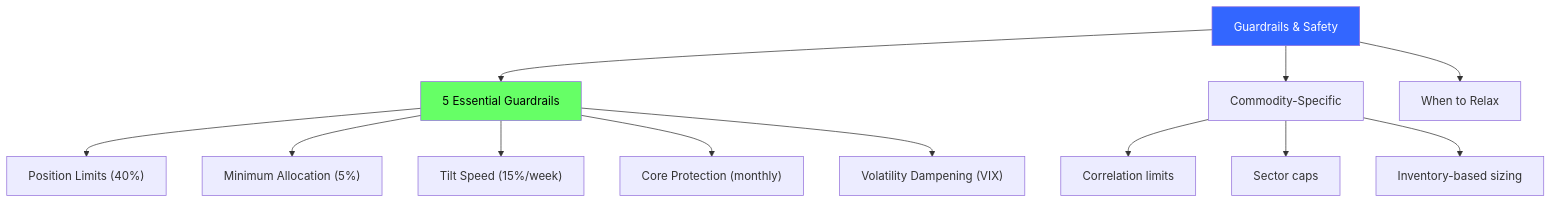
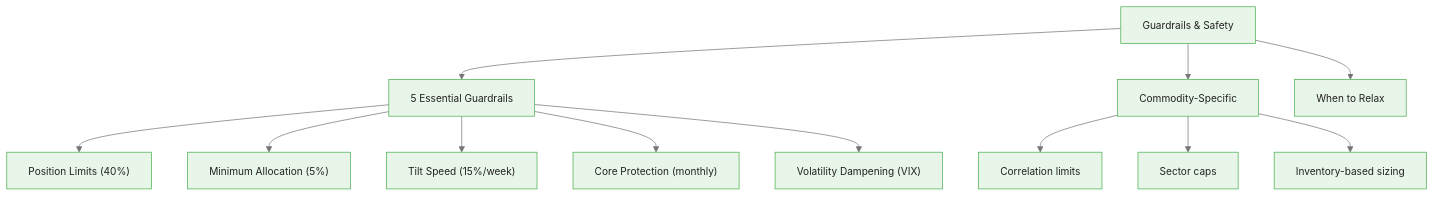
Before and after one commit to m-deane/course-creator: the fourth of 4 diagrams in courses/multi-armed-bandits-ab-testing/modules/module_05_commodity_trading_bandits/guides/03_guardrails_and_safety_slides.md, drawn with Mermaid. The commit also changed other lines of this file and 146 other files, not shown here.

````diff
--- a/courses/multi-armed-bandits-ab-testing/modules/module_05_commodity_trading_bandits/guides/03_guardrails_and_safety_slides.md
+++ b/courses/multi-armed-bandits-ab-testing/modules/module_05_commodity_trading_bandits/guides/03_guardrails_and_safety_slides.md
@@ -301,19 +337,17 @@
 ```mermaid
+%%{init: {"theme": "base", "themeVariables": {"primaryColor": "#e8f5e9", "primaryBorderColor": "#4caf50", "primaryTextColor": "#212121", "secondaryColor": "#e3f2fd", "tertiaryColor": "#fff8e1", "lineColor": "#757575", "fontFamily": "Inter, sans-serif", "fontSize": "14px"}}}%%
 flowchart TD
     GS["Guardrails & Safety"] --> Five["5 Essential Guardrails"]
     GS --> Commodity_g["Commodity-Specific"]
     GS --> When["When to Relax"]
 
     Five --> PosLim["Position Limits (40%)"]
     Five --> MinAlloc["Minimum Allocation (5%)"]
     Five --> Speed_g["Tilt Speed (15%/week)"]
     Five --> CoreProt["Core Protection (monthly)"]
     Five --> VolDamp["Volatility Dampening (VIX)"]
 
     Commodity_g --> Corr["Correlation limits"]
     Commodity_g --> Sector["Sector caps"]
     Commodity_g --> Inv["Inventory-based sizing"]
-
-    style GS fill:#36f,color:#fff
-    style Five fill:#6f6,color:#000
 ```
````
